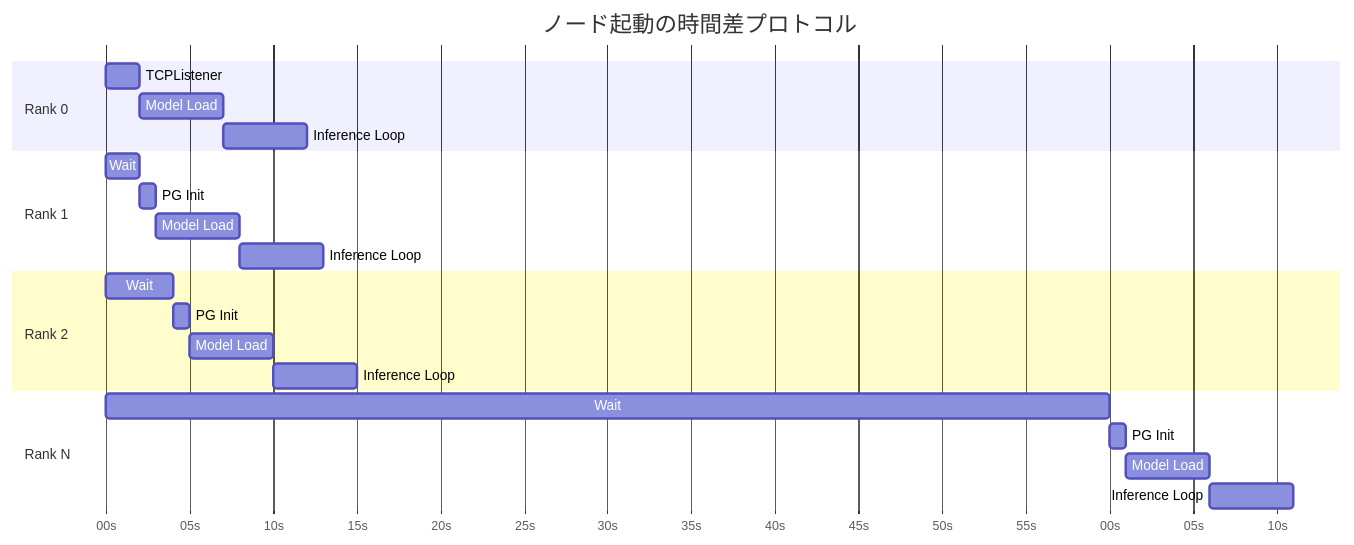
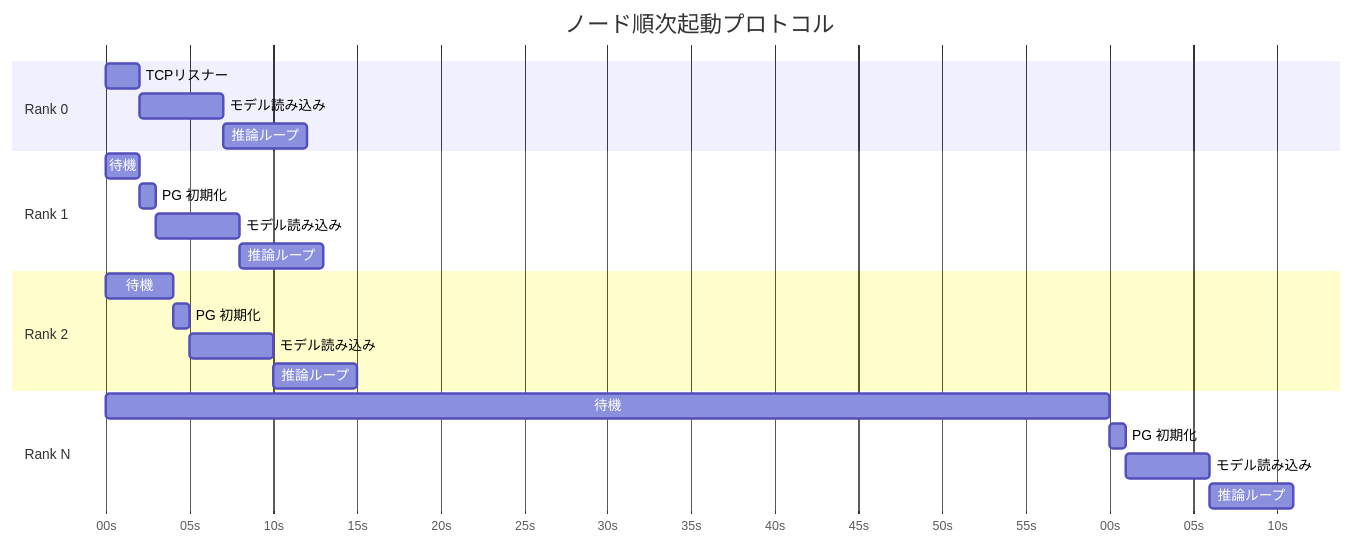
Before and after one commit to babcs2035/distributed-llm: the fourth of 7 diagrams in README.md, drawn with Mermaid. The commit also changed other lines of this file and 17 other files, not shown here.

````diff
--- a/README.md
+++ b/README.md
@@ -270,29 +236,29 @@
 ```mermaid
 gantt
-    title ノード起動の時間差プロトコル
+    title ノード順次起動プロトコル
     dateFormat ss
     axisFormat %Ss
     
     section Rank 0
-    TCPListener    :a1, 0, 2s
-    Model Load     :a2, after a1, 5s
-    Inference Loop :a3, after a2, 5s
+    TCPリスナー    :a1, 0, 2s
+    モデル読み込み :a2, after a1, 5s
+    推論ループ     :a3, after a2, 5s
     
     section Rank 1
-    Wait           :b1, 0, 2s
-    PG Init        :b2, after b1, 1s
-    Model Load     :b3, after b2, 5s
-    Inference Loop :b4, after b3, 5s
+    待機           :b1, 0, 2s
+    PG 初期化      :b2, after b1, 1s
+    モデル読み込み :b3, after b2, 5s
+    推論ループ     :b4, after b3, 5s
     
     section Rank 2
-    Wait           :c1, 0, 4s
-    PG Init        :c2, after c1, 1s
-    Model Load     :c3, after c2, 5s
-    Inference Loop :c4, after c3, 5s
+    待機           :c1, 0, 4s
+    PG 初期化      :c2, after c1, 1s
+    モデル読み込み :c3, after c2, 5s
+    推論ループ     :c4, after c3, 5s
     
     section Rank N
-    Wait           :d1, 0, 60s
-    PG Init        :d2, after d1, 1s
-    Model Load     :d3, after d2, 5s
-    Inference Loop :d4, after d3, 5s
+    待機           :d1, 0, 60s
+    PG 初期化      :d2, after d1, 1s
+    モデル読み込み :d3, after d2, 5s
+    推論ループ     :d4, after d3, 5s
 ```
````
